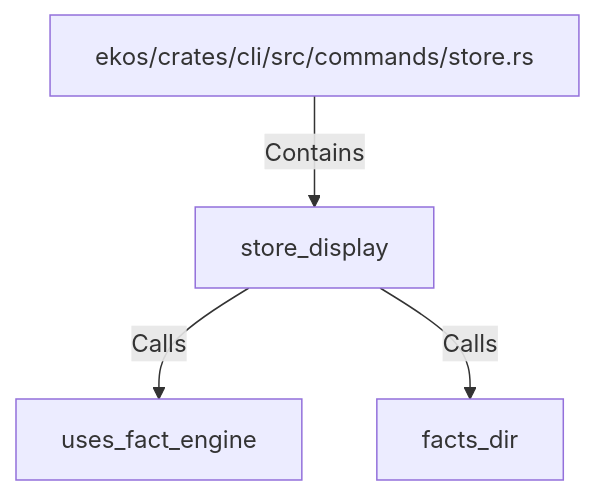
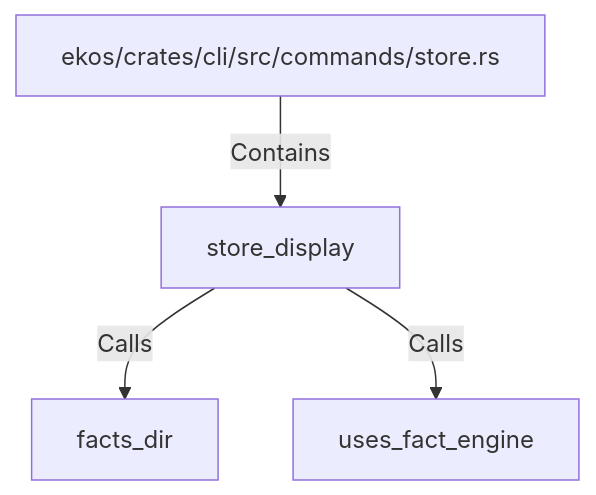
The diagram in doc/entities/rustsymbol/st/store-display.md (alexeyban/EKOS), drawn with Mermaid before and after one commit. The commit also changed other lines of this file and 552 other files, not shown here.

````diff
--- a/doc/entities/rustsymbol/st/store-display.md
+++ b/doc/entities/rustsymbol/st/store-display.md
@@ -22,10 +22,10 @@
 ```mermaid
 graph TD
     n713ed7cc5c75533e89bc0a3cd1e3b880["store_display"]
     nce2ed2172b4257609d2ee2ca1574a517["ekos/crates/cli/src/commands/store.rs"]
     nce2ed2172b4257609d2ee2ca1574a517 -->|Contains| n713ed7cc5c75533e89bc0a3cd1e3b880
+    n83873731f1485047ad68b92b7feef390["facts_dir"]
+    n713ed7cc5c75533e89bc0a3cd1e3b880 -->|Calls| n83873731f1485047ad68b92b7feef390
     n10d67e5ac7545199915e23349038a6f5["uses_fact_engine"]
     n713ed7cc5c75533e89bc0a3cd1e3b880 -->|Calls| n10d67e5ac7545199915e23349038a6f5
-    n83873731f1485047ad68b92b7feef390["facts_dir"]
-    n713ed7cc5c75533e89bc0a3cd1e3b880 -->|Calls| n83873731f1485047ad68b92b7feef390
 ```
````
